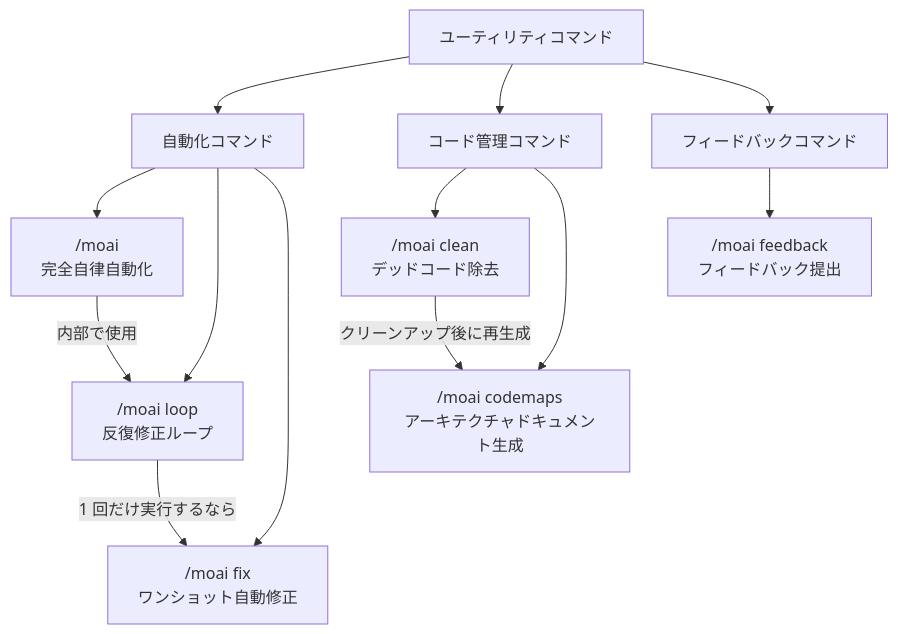
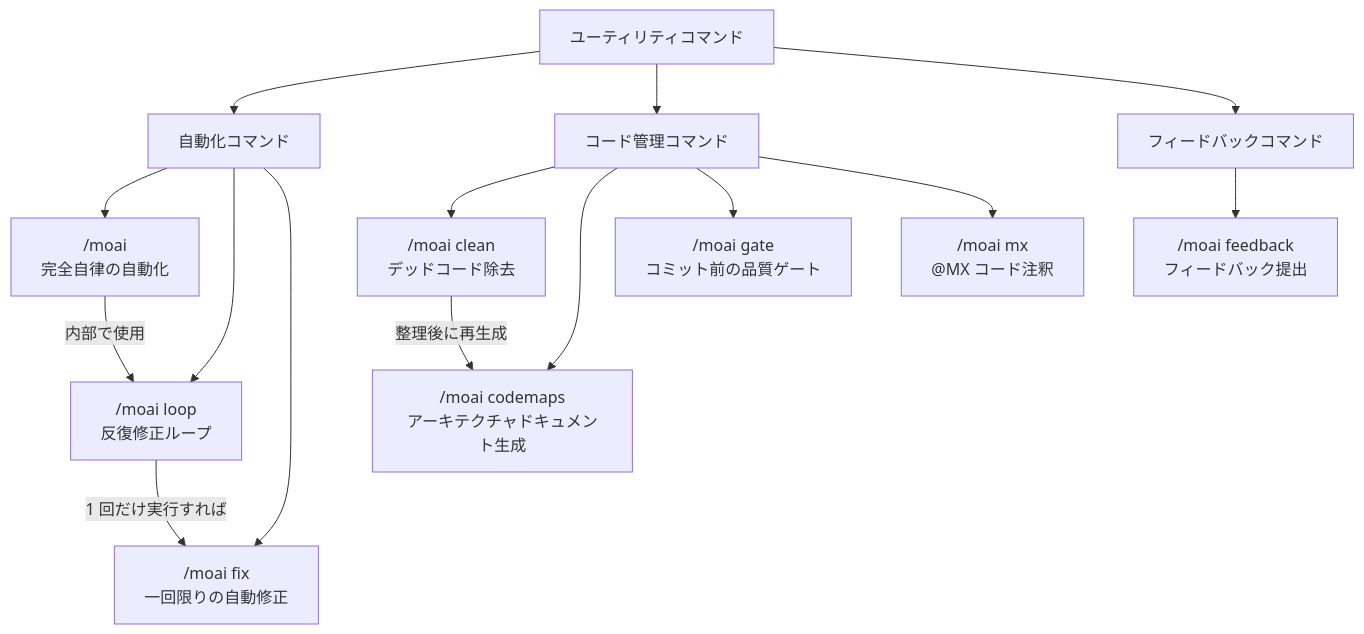
The diagram in docs-site/content/ja/utility-commands/_index.md (modu-ai/moai-adk), drawn with Mermaid before and after one commit. The commit also changed other lines of this file and 180 other files, not shown here.

````diff
--- a/docs-site/content/ja/utility-commands/_index.md
+++ b/docs-site/content/ja/utility-commands/_index.md
@@ -31,17 +33,19 @@
 ```mermaid
 flowchart TD
     A[ユーティリティコマンド] --> B[自動化コマンド]
     A --> C[コード管理コマンド]
     A --> D[フィードバックコマンド]
 
-    B --> E["/moai<br/>完全自律自動化"]
+    B --> E["/moai<br/>完全自律の自動化"]
     B --> F["/moai loop<br/>反復修正ループ"]
-    B --> G["/moai fix<br/>ワンショット自動修正"]
+    B --> G["/moai fix<br/>一回限りの自動修正"]
     C --> H["/moai clean<br/>デッドコード除去"]
     C --> I["/moai codemaps<br/>アーキテクチャドキュメント生成"]
+    C --> K["/moai gate<br/>コミット前の品質ゲート"]
+    C --> L["/moai mx<br/>@MX コード注釈"]
     D --> J["/moai feedback<br/>フィードバック提出"]
 
     E -->|内部で使用| F
-    F -->|1 回だけ実行するなら| G
-    H -->|クリーンアップ後に再生成| I
+    F -->|1 回だけ実行すれば| G
+    H -->|整理後に再生成| I
 ```
````
